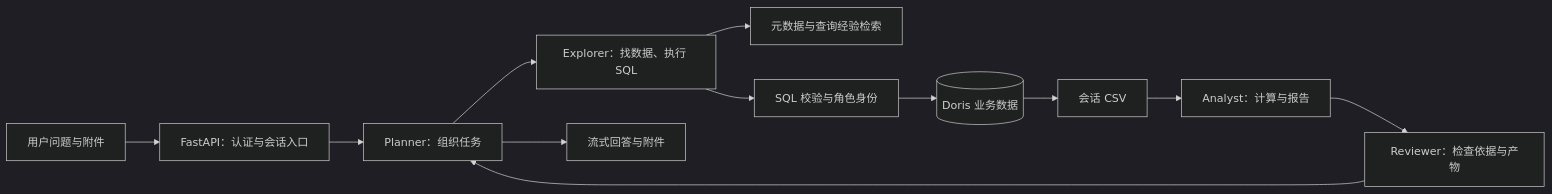
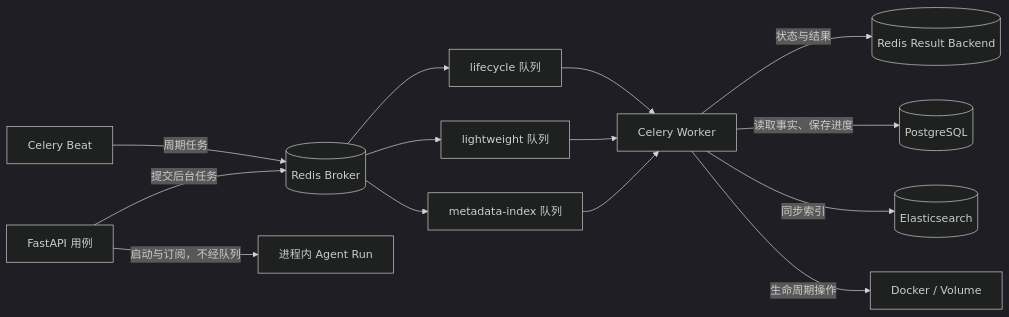
Before and after one commit to 2739673455/dataagent: the fourth of 4 diagrams in docs/00_架构与协作总览.md, drawn with Mermaid (dark theme). The commit also changed other lines of this file and 11 other files, not shown here.

````diff
--- a/docs/00_架构与协作总览.md
+++ b/docs/00_架构与协作总览.md
@@ -30,14 +988,16 @@
 ```mermaid
 flowchart LR
-    User[用户问题与附件] --> API[FastAPI：认证与会话入口]
-    API --> Planner[Planner：组织任务]
-    Planner --> Explorer[Explorer：找数据、执行 SQL]
-    Explorer --> Metadata[元数据与查询经验检索]
-    Explorer --> Guard[SQL 校验与角色身份]
-    Guard --> Doris[(Doris 业务数据)]
-    Doris --> CSV[会话 CSV]
-    CSV --> Analyst[Analyst：计算与报告]
-    Analyst --> Reviewer[Reviewer：检查依据与产物]
-    Reviewer --> Planner
-    Planner --> Result[流式回答与附件]
+    API[FastAPI 用例] -->|提交后台任务| BROKER[(Redis Broker)]
+    BEAT[Celery Beat] -->|周期任务| BROKER
+    BROKER --> INDEX[metadata-index 队列]
+    BROKER --> LIGHT[lightweight 队列]
+    BROKER --> LIFE[lifecycle 队列]
+    INDEX --> WORKER[Celery Worker]
+    LIGHT --> WORKER
+    LIFE --> WORKER
+    WORKER -->|状态与结果| RESULT[(Redis Result Backend)]
+    WORKER -->|读取事实、保存进度| PG[(PostgreSQL)]
+    WORKER -->|同步索引| ES[(Elasticsearch)]
+    WORKER -->|生命周期操作| DOCKER[Docker / Volume]
+    API -->|启动与订阅，不经队列| RUN[进程内 Agent Run]
 ```
````
